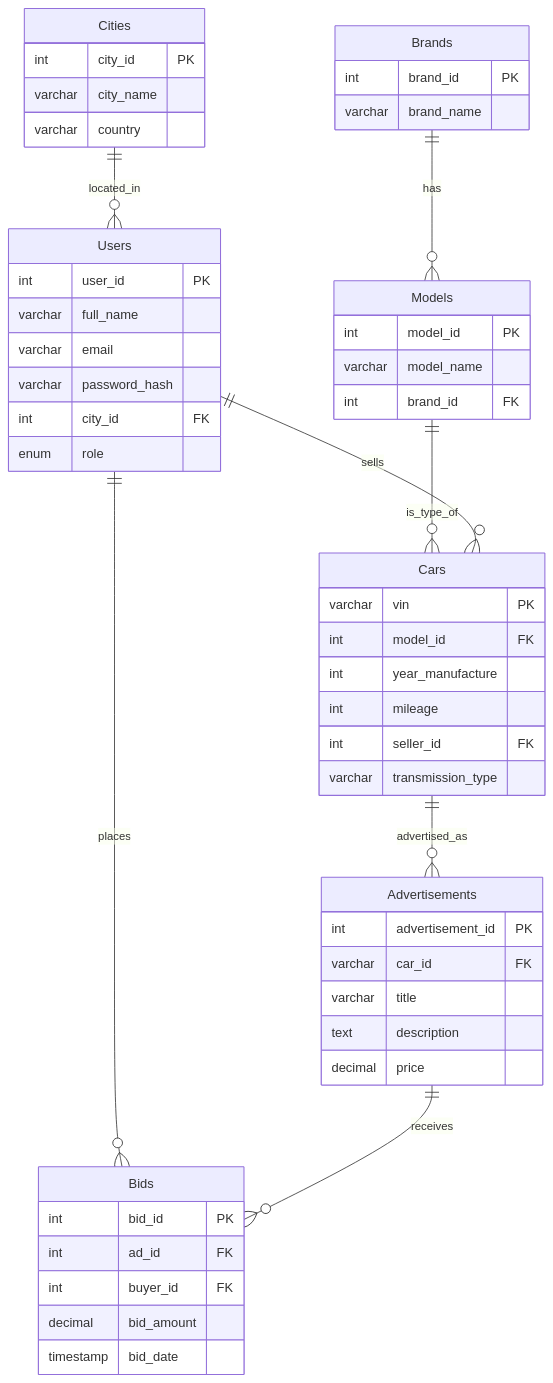
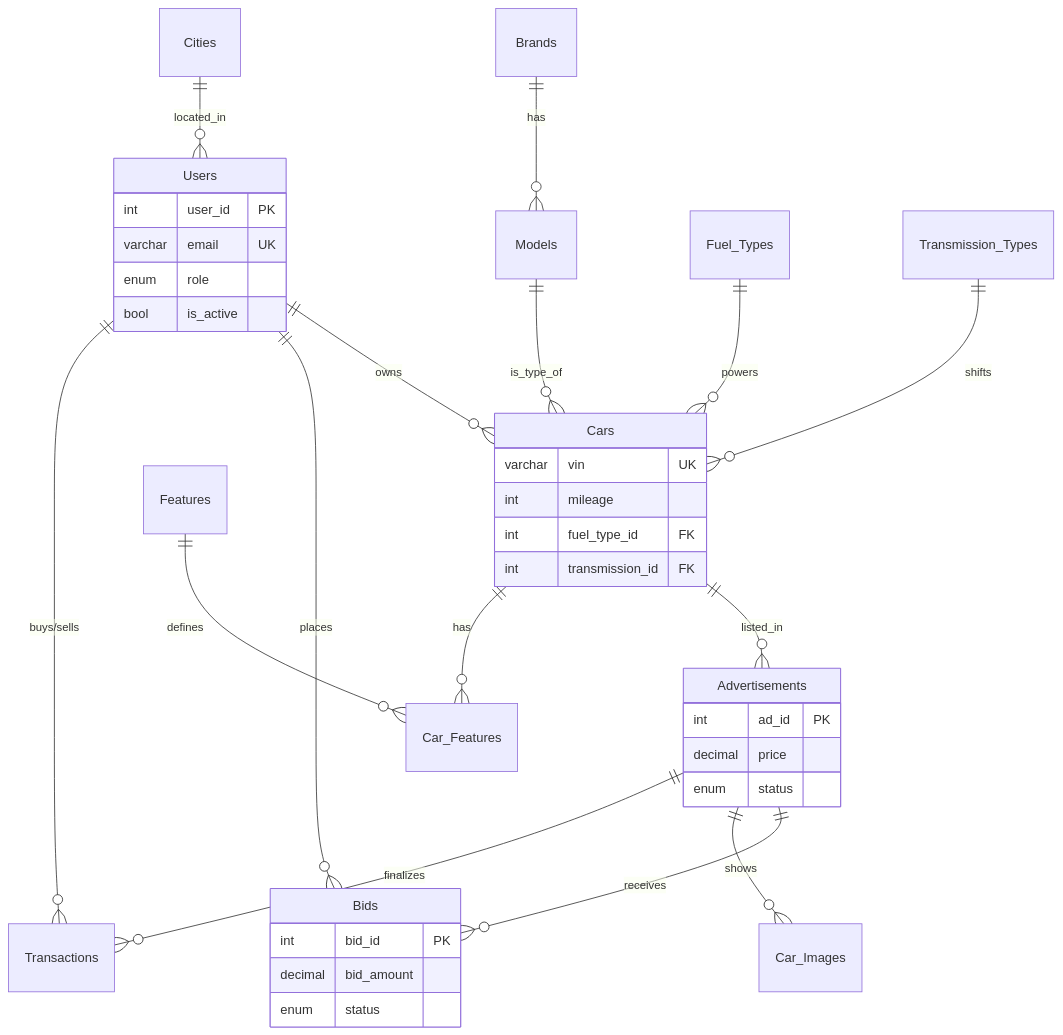
One commit to DaudiKi/Used_Car_Marketplace changed the diagram in README.md. Above: the diagram before and after it, drawn with Mermaid. The commit also changed other lines of this file and 2 other files, not shown here.

Commit message:
Improve database schema: normalize tables, add indexes, and update documentation

````diff
--- a/README.md
+++ b/README.md
@@ -152,61 +69,43 @@
 ```mermaid
 erDiagram
     Cities ||--o{ Users : "located_in"
     Brands ||--o{ Models : "has"
     Models ||--o{ Cars : "is_type_of"
-    Users ||--o{ Cars : "sells"
+    Fuel_Types ||--o{ Cars : "powers"
+    Transmission_Types ||--o{ Cars : "shifts"
+    Users ||--o{ Cars : "owns"
     Users ||--o{ Bids : "places"
-    Cars ||--o{ Advertisements : "advertised_as"
+    Cars ||--o{ Advertisements : "listed_in"
+    Cars ||--o{ Car_Features : "has"
+    Features ||--o{ Car_Features : "defines"
     Advertisements ||--o{ Bids : "receives"
+    Advertisements ||--o{ Car_Images : "shows"
+    Advertisements ||--o{ Transactions : "finalizes"
+    Users ||--o{ Transactions : "buys/sells"
 
-    Cities {
-        int city_id PK
-        varchar city_name
-        varchar country
-    }
-    
-    Brands {
-        int brand_id PK
-        varchar brand_name
-    }
-    
-    Models {
-        int model_id PK
-        varchar model_name
-        int brand_id FK
-    }
-    
     Users {
         int user_id PK
-        varchar full_name
-        varchar email
-        varchar password_hash
-        int city_id FK
+        varchar email UK
         enum role
+        bool is_active
     }
     
     Cars {
-        varchar vin PK
-        int model_id FK
-        int year_manufacture
+        varchar vin UK
         int mileage
-        int seller_id FK
-        varchar transmission_type
+        int fuel_type_id FK
+        int transmission_id FK
     }
     
     Advertisements {
-        int advertisement_id PK
-        varchar car_id FK
-        varchar title
-        text description
+        int ad_id PK
         decimal price
+        enum status
     }
     
     Bids {
         int bid_id PK
-        int ad_id FK
-        int buyer_id FK
         decimal bid_amount
-        timestamp bid_date
+        enum status
     }
 ```
````
